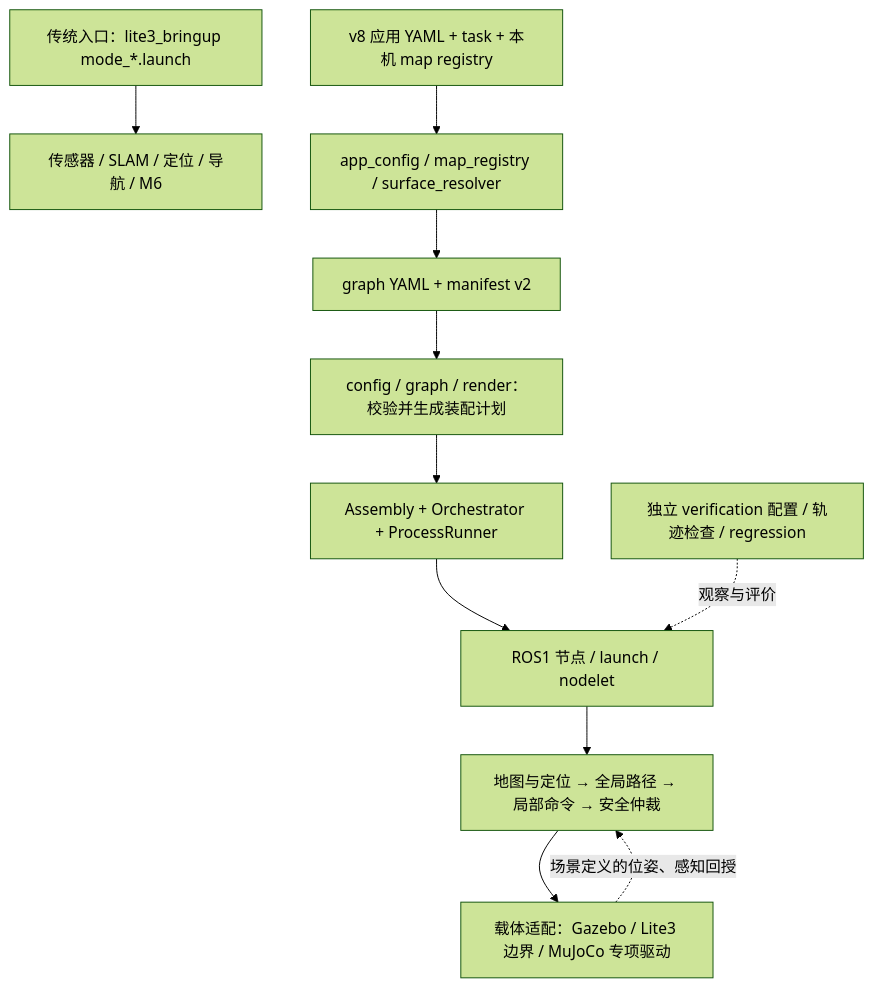
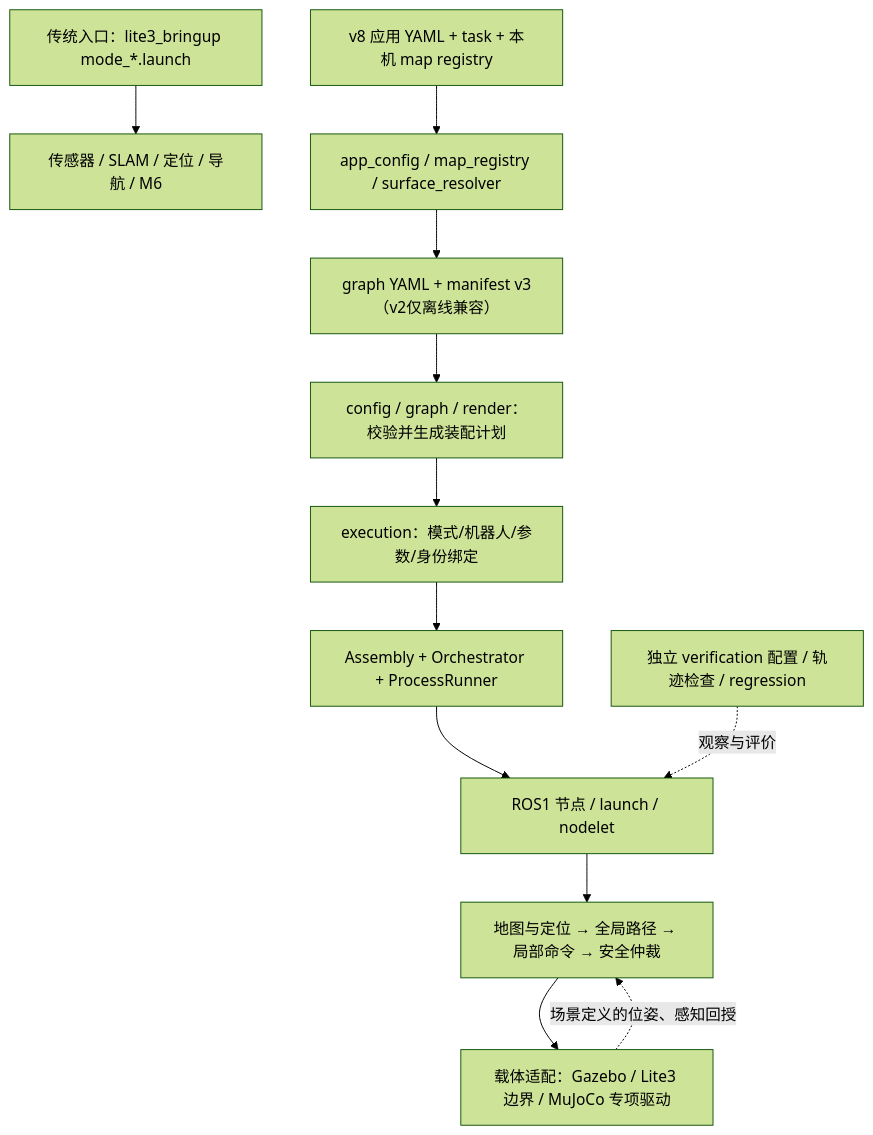
The diagram in note/架构/项目架构与目录.md (javencpdd/ros1-slam), drawn with Mermaid (forest theme) before and after one commit. The commit also changed other lines of this file and 127 other files, not shown here.

````diff
--- a/note/架构/项目架构与目录.md
+++ b/note/架构/项目架构与目录.md
@@ -9,13 +9,14 @@
 ```mermaid
 flowchart TB
     L["传统入口：lite3_bringup mode_*.launch"] --> B["传感器 / SLAM / 定位 / 导航 / M6"]
     A["v8 应用 YAML + task + 本机 map registry"] --> R["app_config / map_registry / surface_resolver"]
-    R --> G["graph YAML + manifest v2"]
+    R --> G["graph YAML + manifest v3（v2仅离线兼容）"]
     G --> P["config / graph / render：校验并生成装配计划"]
-    P --> X["Assembly + Orchestrator + ProcessRunner"]
+    P --> E["execution：模式/机器人/参数/身份绑定"]
+    E --> X["Assembly + Orchestrator + ProcessRunner"]
     X --> N["ROS1 节点 / launch / nodelet"]
     N --> D["地图与定位 → 全局路径 → 局部命令 → 安全仲裁"]
     D --> C["载体适配：Gazebo / Lite3 边界 / MuJoCo 专项驱动"]
     C -. "场景定义的位姿、感知回授" .-> D
     V["独立 verification 配置 / 轨迹检查 / regression"] -. "观察与评价" .-> N
 ```
````
